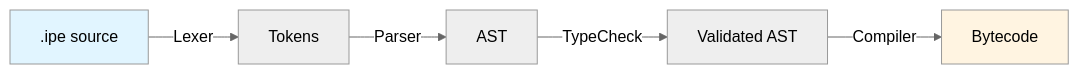
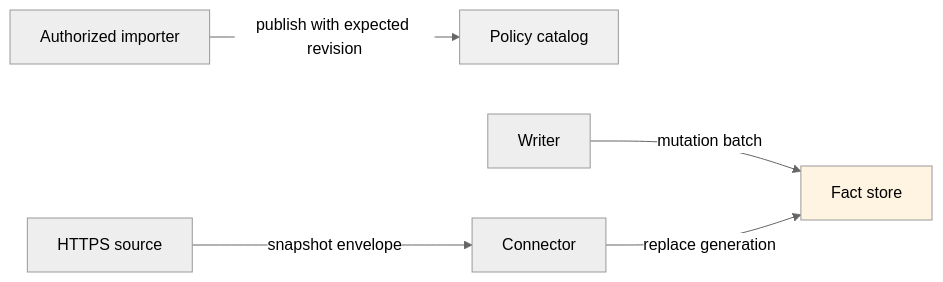
The fifth of 6 diagrams in docs/ARCHITECTURE.md (jrepp/ipe), drawn with Mermaid (neutral theme) before and after one commit. The commit also changed other lines of this file and 15 other files, not shown here.

````diff
--- a/docs/ARCHITECTURE.md
+++ b/docs/ARCHITECTURE.md
@@ -370,9 +191,9 @@
 ```mermaid
 flowchart LR
-    PS[".ipe source"] -->|Lexer| T[Tokens]
-    T -->|Parser| AST[AST]
-    AST -->|TypeCheck| VAST[Validated AST]
-    VAST -->|Compiler| BC[Bytecode]
-    style PS fill:#e1f5ff
-    style BC fill:#fff4e1
+    A[Authorized importer] -->|publish with expected revision| C[Policy catalog]
+    U[HTTPS source] -->|snapshot envelope| K[Connector]
+    W[Writer] -->|mutation batch| F[Fact store]
+    K -->|replace generation| F
+    style C fill:#f0f0f0
+    style F fill:#fff4e1
 ```
````
